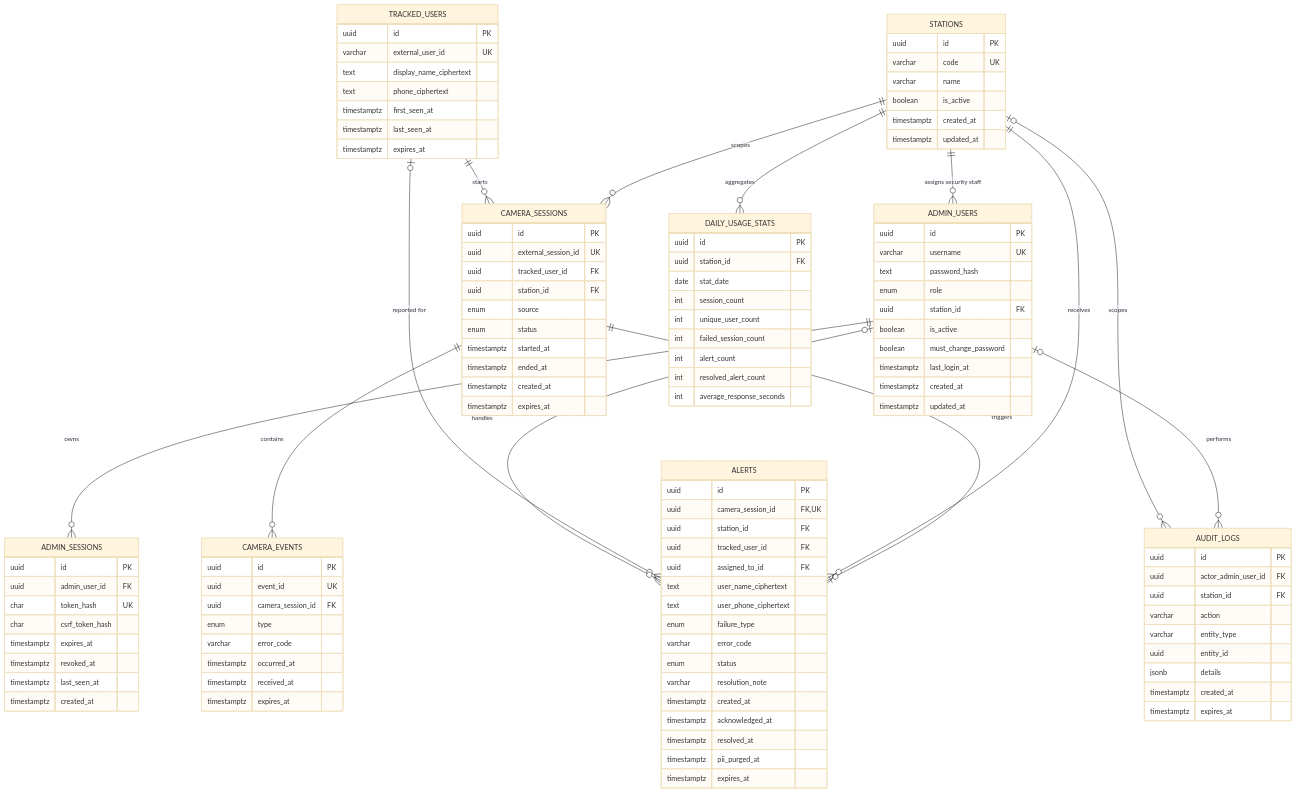
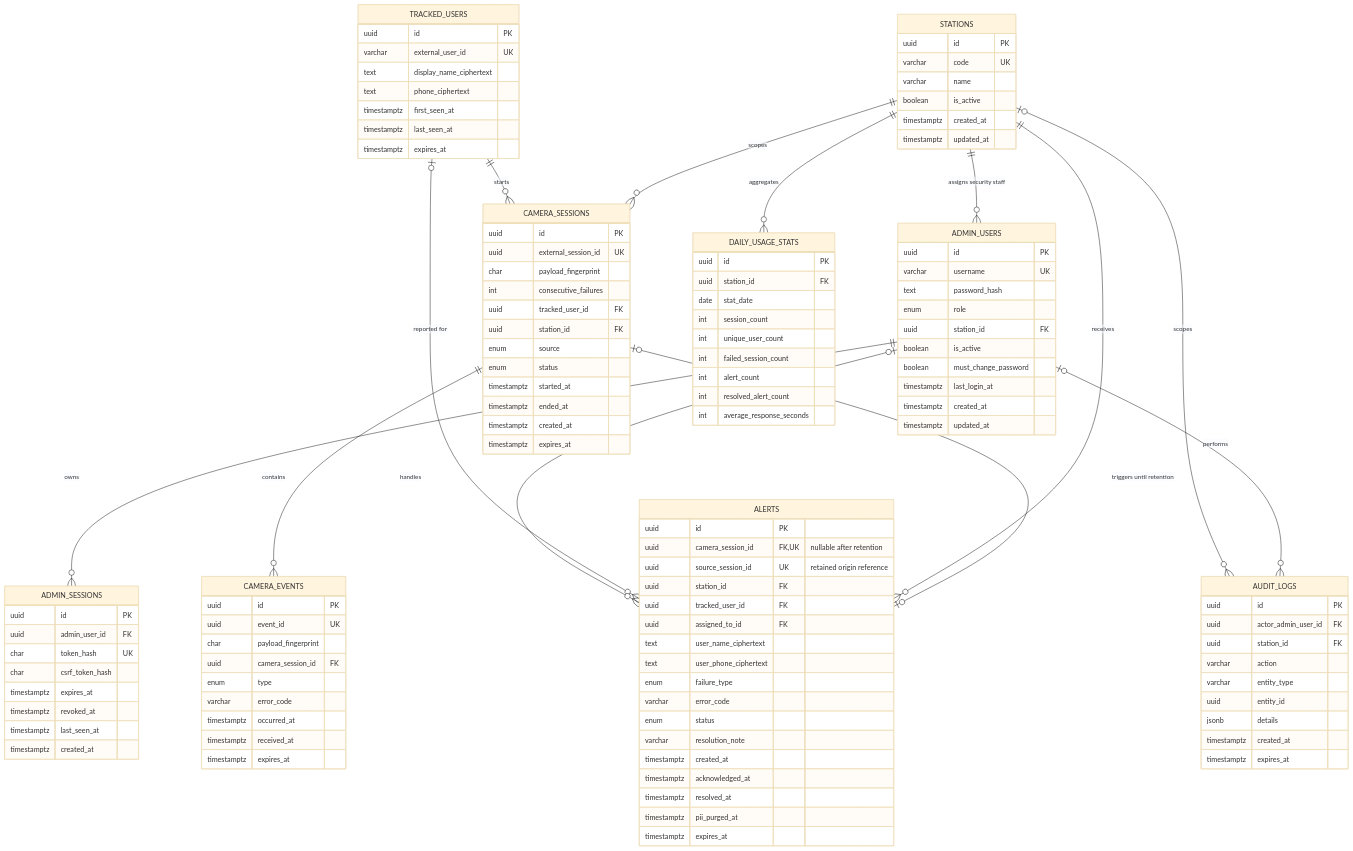
The diagram in docs/diagrams/timetable-admin-erd.mmd (Riqqi15/Admin-Dashboard-Apps-Commuter-Line), drawn with Mermaid (base theme) before and after one commit. The commit also changed 31 other files, not shown here.

Commit message:
feat: add isolated PostgreSQL schema seed and readiness

```diff
--- a/docs/diagrams/timetable-admin-erd.mmd
+++ b/docs/diagrams/timetable-admin-erd.mmd
@@ -1,123 +1,127 @@
 erDiagram
     STATIONS {
         uuid id PK
         varchar code UK
         varchar name
         boolean is_active
         timestamptz created_at
         timestamptz updated_at
     }
 
     ADMIN_USERS {
         uuid id PK
         varchar username UK
         text password_hash
         enum role
         uuid station_id FK
         boolean is_active
         boolean must_change_password
         timestamptz last_login_at
         timestamptz created_at
         timestamptz updated_at
     }
 
     ADMIN_SESSIONS {
         uuid id PK
         uuid admin_user_id FK
         char token_hash UK
         char csrf_token_hash
         timestamptz expires_at
         timestamptz revoked_at
         timestamptz last_seen_at
         timestamptz created_at
     }
 
     TRACKED_USERS {
         uuid id PK
         varchar external_user_id UK
         text display_name_ciphertext
         text phone_ciphertext
         timestamptz first_seen_at
         timestamptz last_seen_at
         timestamptz expires_at
     }
 
     CAMERA_SESSIONS {
         uuid id PK
         uuid external_session_id UK
+        char payload_fingerprint
+        int consecutive_failures
         uuid tracked_user_id FK
         uuid station_id FK
         enum source
         enum status
         timestamptz started_at
         timestamptz ended_at
         timestamptz created_at
         timestamptz expires_at
     }
 
     CAMERA_EVENTS {
         uuid id PK
         uuid event_id UK
+        char payload_fingerprint
         uuid camera_session_id FK
         enum type
         varchar error_code
         timestamptz occurred_at
         timestamptz received_at
         timestamptz expires_at
     }
 
     ALERTS {
         uuid id PK
-        uuid camera_session_id FK, UK
+        uuid camera_session_id FK, UK "nullable after retention"
+        uuid source_session_id UK "retained origin reference"
         uuid station_id FK
         uuid tracked_user_id FK
         uuid assigned_to_id FK
         text user_name_ciphertext
         text user_phone_ciphertext
         enum failure_type
         varchar error_code
         enum status
         varchar resolution_note
         timestamptz created_at
         timestamptz acknowledged_at
         timestamptz resolved_at
         timestamptz pii_purged_at
         timestamptz expires_at
     }
 
     AUDIT_LOGS {
         uuid id PK
         uuid actor_admin_user_id FK
         uuid station_id FK
         varchar action
         varchar entity_type
         uuid entity_id
         jsonb details
         timestamptz created_at
         timestamptz expires_at
     }
 
     DAILY_USAGE_STATS {
         uuid id PK
         uuid station_id FK
         date stat_date
         int session_count
         int unique_user_count
         int failed_session_count
         int alert_count
         int resolved_alert_count
         int average_response_seconds
     }
 
     STATIONS ||--o{ ADMIN_USERS : "assigns security staff"
     ADMIN_USERS ||--o{ ADMIN_SESSIONS : "owns"
     STATIONS ||--o{ CAMERA_SESSIONS : "scopes"
     TRACKED_USERS ||--o{ CAMERA_SESSIONS : "starts"
     CAMERA_SESSIONS ||--o{ CAMERA_EVENTS : "contains"
-    CAMERA_SESSIONS ||--o| ALERTS : "triggers"
+    CAMERA_SESSIONS o|--o| ALERTS : "triggers until retention"
     STATIONS ||--o{ ALERTS : "receives"
     TRACKED_USERS o|--o{ ALERTS : "reported for"
     ADMIN_USERS o|--o{ ALERTS : "handles"
     ADMIN_USERS o|--o{ AUDIT_LOGS : "performs"
     STATIONS o|--o{ AUDIT_LOGS : "scopes"
     STATIONS ||--o{ DAILY_USAGE_STATS : "aggregates"
```
